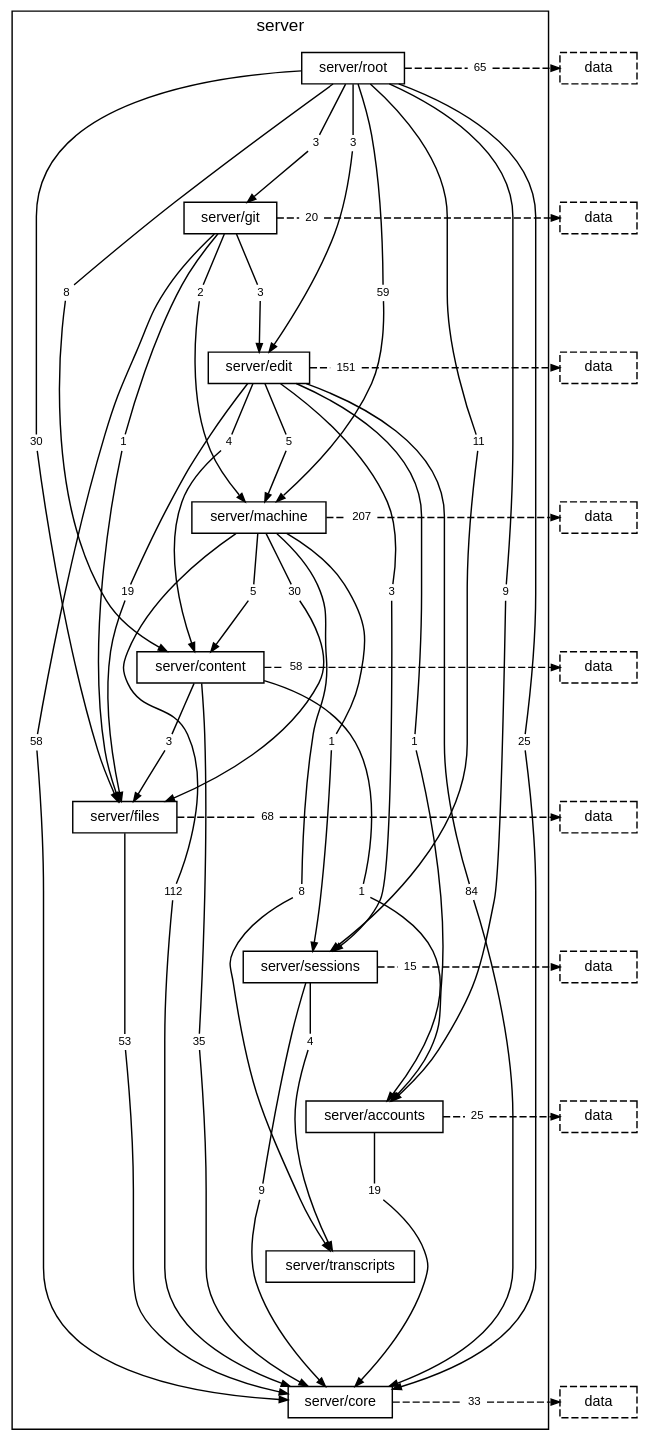
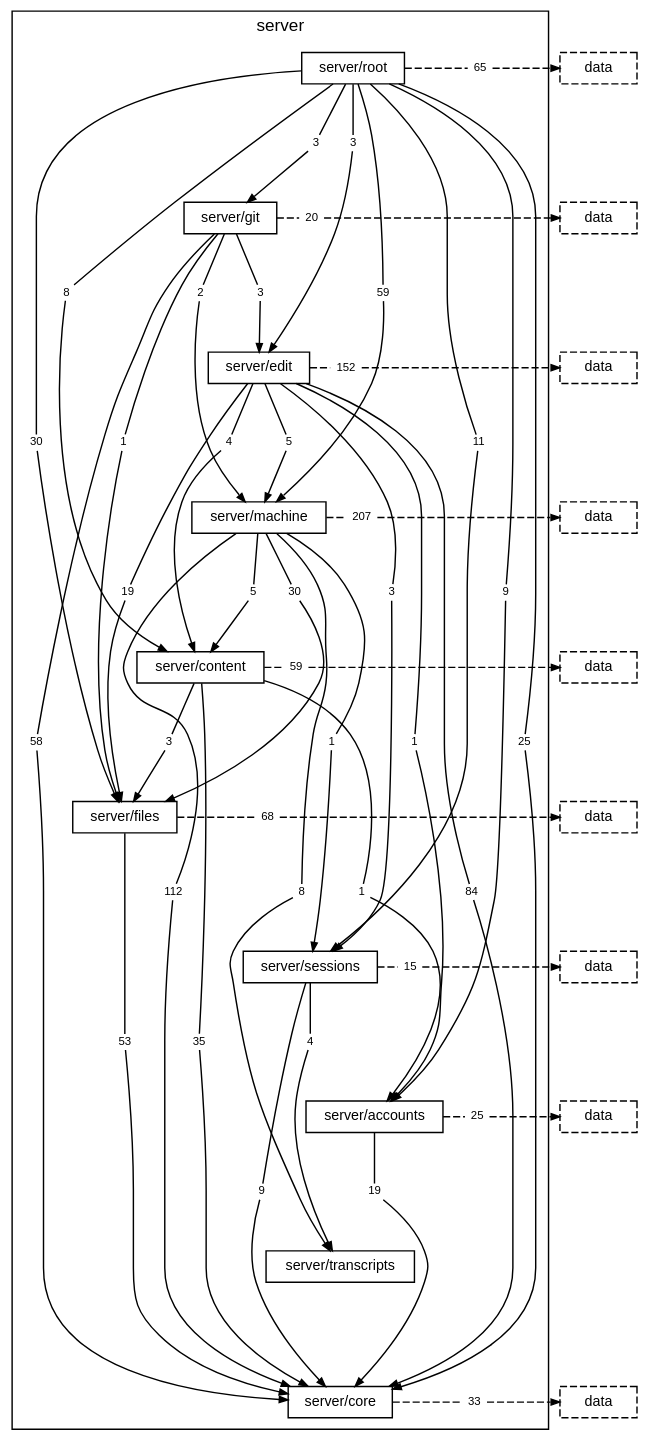
Before and after one commit to TheAxeC/oculus: the diagram in docs/diagrams/layer-server.dot, drawn with Graphviz. The commit also changed 80 other files, not shown here.

```diff
--- a/docs/diagrams/layer-server.dot
+++ b/docs/diagrams/layer-server.dot
@@ -34,7 +34,7 @@
         "folder server/edit to folder server/files" [label="19", shape=box, color="transparent", fontsize=8, width=0, height=0, margin="0.04,0.02"];
         "folder server/edit to folder server/machine" [label="5", shape=box, color="transparent", fontsize=8, width=0, height=0, margin="0.04,0.02"];
         "folder server/edit to folder server/sessions" [label="3", shape=box, color="transparent", fontsize=8, width=0, height=0, margin="0.04,0.02"];
-        "folder server/edit to layer data" [label="151", shape=box, color="transparent", fontsize=8, width=0, height=0, margin="0.04,0.02"];
+        "folder server/edit to layer data" [label="152", shape=box, color="transparent", fontsize=8, width=0, height=0, margin="0.04,0.02"];
         "folder server/machine to folder server/content" [label="5", shape=box, color="transparent", fontsize=8, width=0, height=0, margin="0.04,0.02"];
         "folder server/machine to folder server/core" [label="112", shape=box, color="transparent", fontsize=8, width=0, height=0, margin="0.04,0.02"];
         "folder server/machine to folder server/files" [label="30", shape=box, color="transparent", fontsize=8, width=0, height=0, margin="0.04,0.02"];
@@ -44,7 +44,7 @@
         "folder server/content to folder server/accounts" [label="1", shape=box, color="transparent", fontsize=8, width=0, height=0, margin="0.04,0.02"];
         "folder server/content to folder server/core" [label="35", shape=box, color="transparent", fontsize=8, width=0, height=0, margin="0.04,0.02"];
         "folder server/content to folder server/files" [label="3", shape=box, color="transparent", fontsize=8, width=0, height=0, margin="0.04,0.02"];
-        "folder server/content to layer data" [label="58", shape=box, color="transparent", fontsize=8, width=0, height=0, margin="0.04,0.02"];
+        "folder server/content to layer data" [label="59", shape=box, color="transparent", fontsize=8, width=0, height=0, margin="0.04,0.02"];
         "folder server/files to folder server/core" [label="53", shape=box, color="transparent", fontsize=8, width=0, height=0, margin="0.04,0.02"];
         "folder server/files to layer data" [label="68", shape=box, color="transparent", fontsize=8, width=0, height=0, margin="0.04,0.02"];
         "folder server/sessions to folder server/core" [label="9", shape=box, color="transparent", fontsize=8, width=0, height=0, margin="0.04,0.02"];
```
